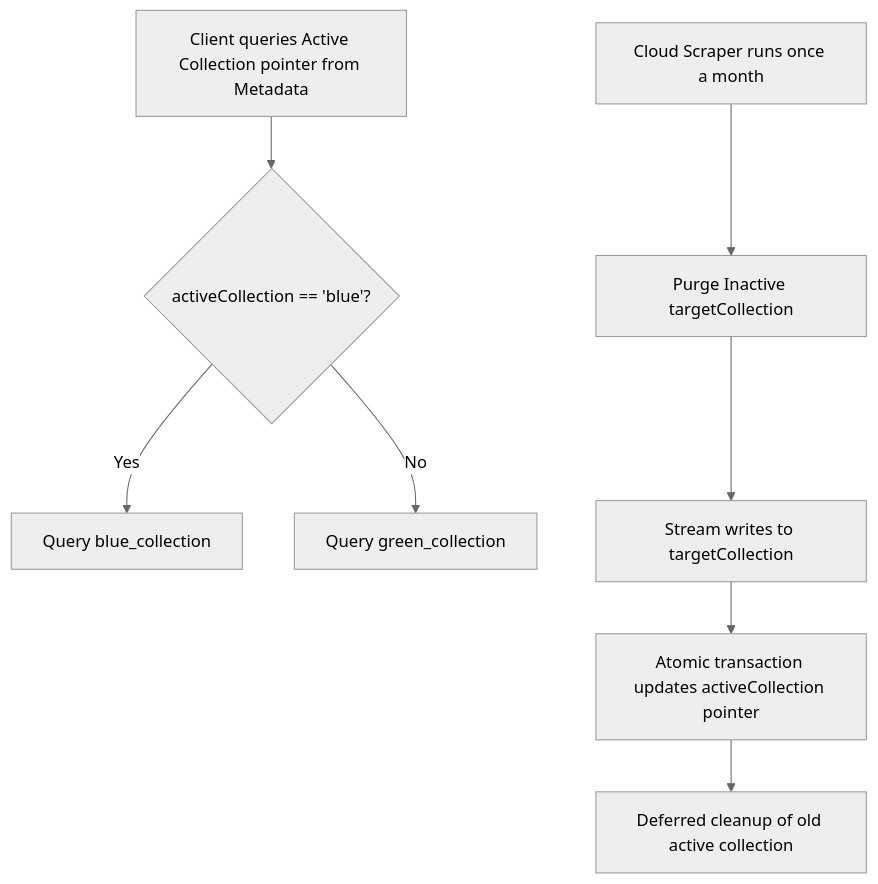
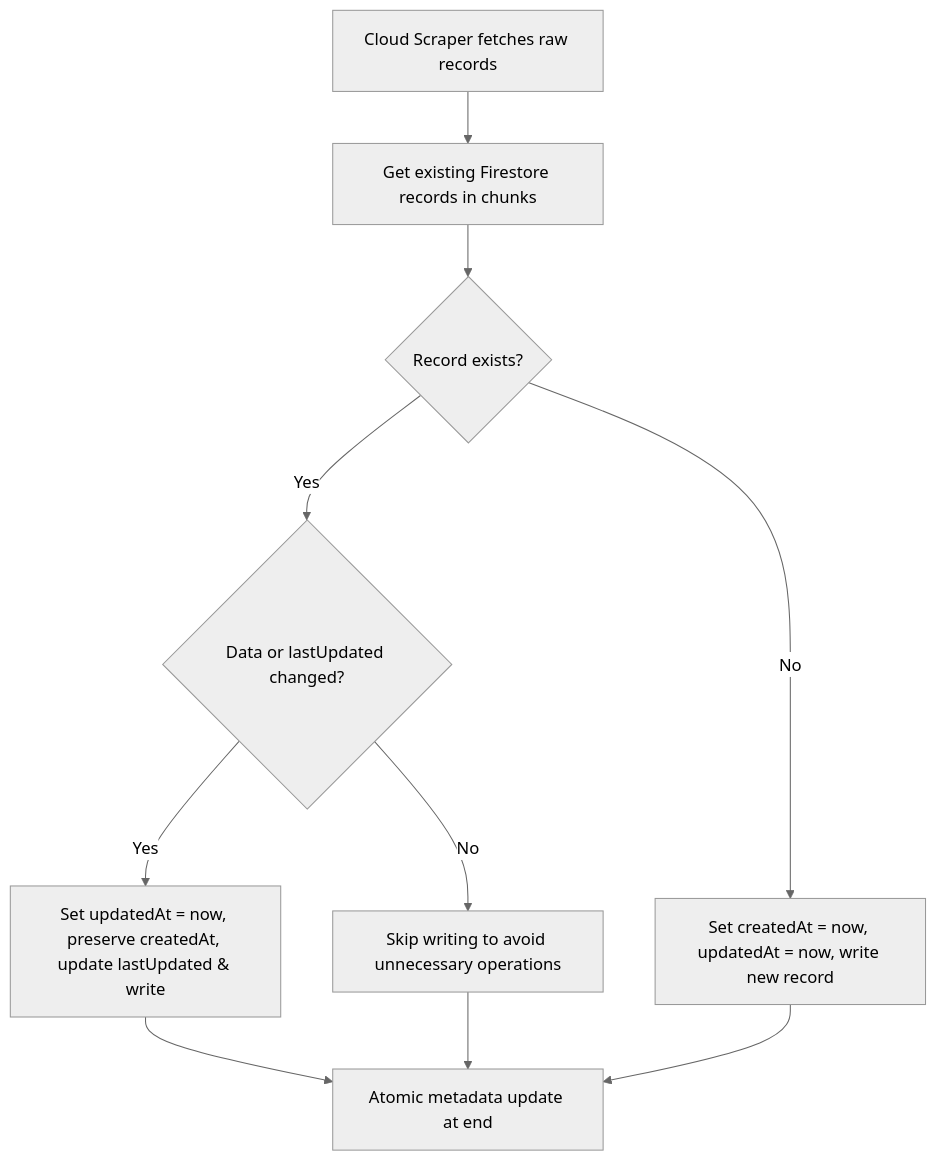
The second of 2 diagrams in .agents/skills/dataset_integration/SKILL.md (assafbz/PlainSightIL), drawn with Mermaid (neutral theme) before and after one commit. The commit also changed other lines of this file and 17 other files, not shown here.

````diff
--- a/.agents/skills/dataset_integration/SKILL.md
+++ b/.agents/skills/dataset_integration/SKILL.md
@@ -114,10 +112,12 @@
 ```mermaid
 flowchart TD
-    A[Client queries Active Collection pointer from Metadata] --> B{activeCollection == 'blue'? }
-    B -- Yes --> C[Query blue_collection]
-    B -- No --> D[Query green_collection]
-    E[Cloud Scraper runs once a month] --> F[Purge Inactive targetCollection]
-    F --> G[Stream writes to targetCollection]
-    G --> H[Atomic transaction updates activeCollection pointer]
-    H --> I[Deferred cleanup of old active collection]
+    A[Cloud Scraper fetches raw records] --> B[Get existing Firestore records in chunks]
+    B --> C{Record exists?}
+    C -- Yes --> D{Data or lastUpdated changed?}
+    D -- Yes --> E[Set updatedAt = now, preserve createdAt, update lastUpdated & write]
+    D -- No --> F[Skip writing to avoid unnecessary operations]
+    C -- No --> G[Set createdAt = now, updatedAt = now, write new record]
+    E --> H[Atomic metadata update at end]
+    F --> H
+    G --> H
 ```
````
